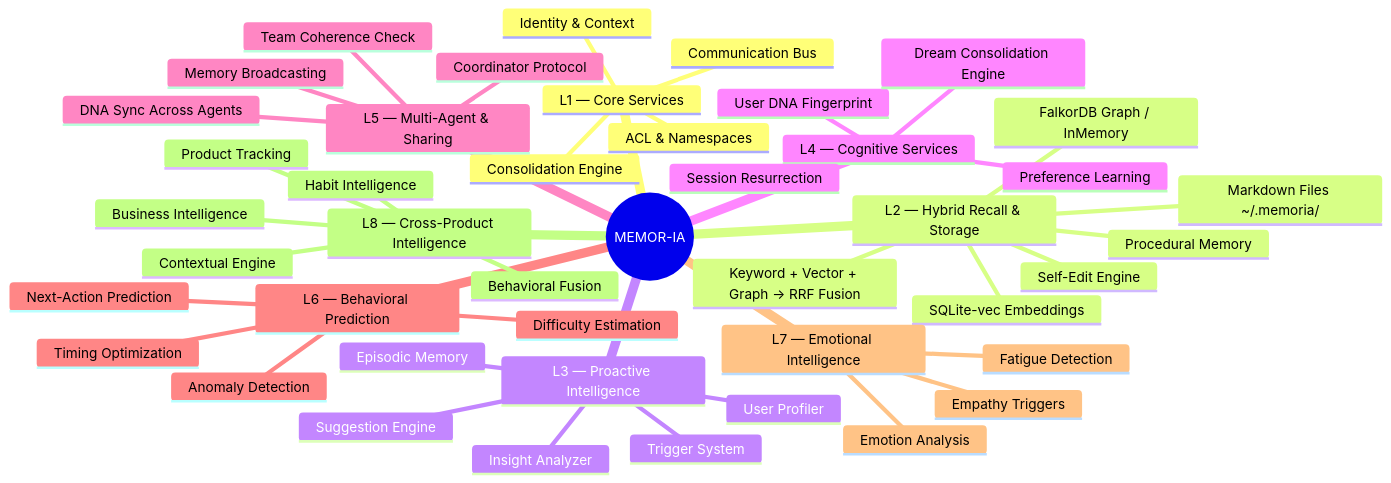
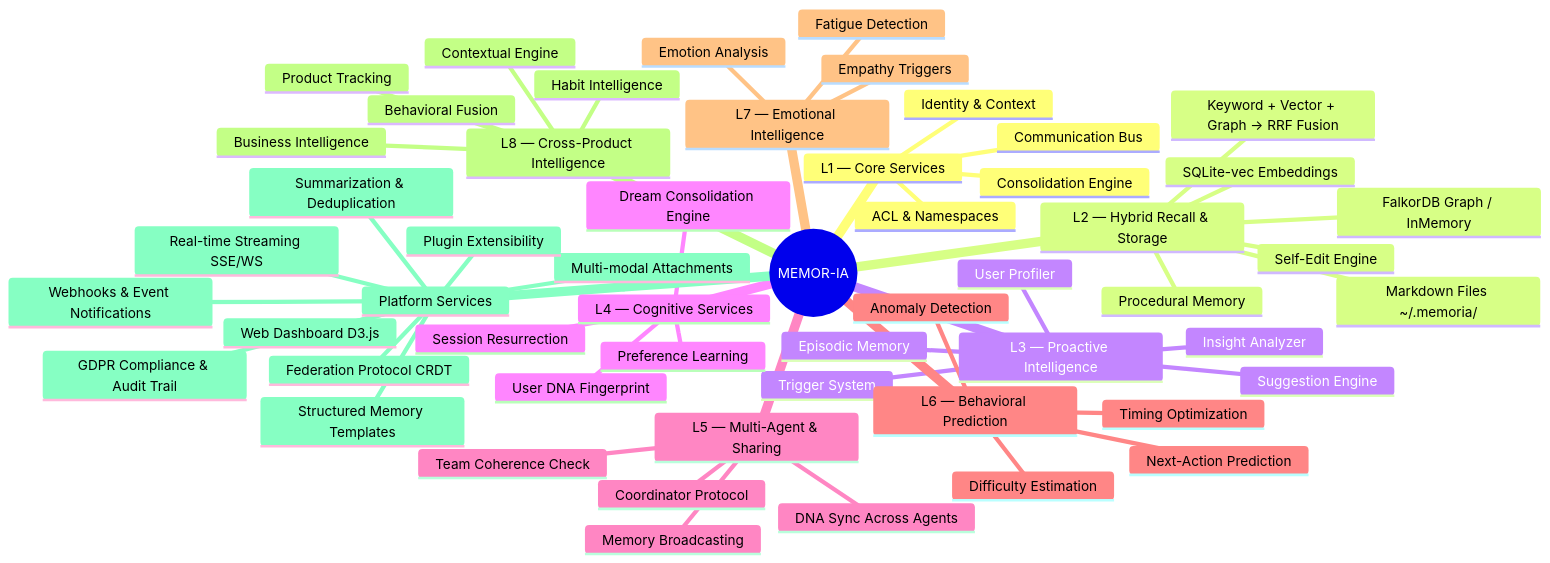
The first of 3 diagrams in README.md (naicud/memor-ia), drawn with Mermaid before and after one commit. The commit also changed other lines of this file and 7 other files, not shown here.

````diff
--- a/README.md
+++ b/README.md
@@ -79,47 +82,57 @@
 ```mermaid
 mindmap
   root((MEMOR-IA))
     L1 — Core Services
       Identity & Context
       Communication Bus
       Consolidation Engine
       ACL & Namespaces
     L2 — Hybrid Recall & Storage
       Keyword + Vector + Graph → RRF Fusion
       FalkorDB Graph / InMemory
       SQLite-vec Embeddings
       Markdown Files ~/.memoria/
       Procedural Memory
       Self-Edit Engine
     L3 — Proactive Intelligence
       User Profiler
       Insight Analyzer
       Suggestion Engine
       Trigger System
       Episodic Memory
     L4 — Cognitive Services
       User DNA Fingerprint
       Dream Consolidation Engine
       Preference Learning
       Session Resurrection
     L5 — Multi-Agent & Sharing
       Memory Broadcasting
       Team Coherence Check
       DNA Sync Across Agents
       Coordinator Protocol
     L6 — Behavioral Prediction
       Next-Action Prediction
       Anomaly Detection
       Timing Optimization
       Difficulty Estimation
     L7 — Emotional Intelligence
       Emotion Analysis
       Empathy Triggers
       Fatigue Detection
     L8 — Cross-Product Intelligence
       Product Tracking
       Behavioral Fusion
       Habit Intelligence
       Contextual Engine
       Business Intelligence
+    Platform Services
+      GDPR Compliance & Audit Trail
+      Webhooks & Event Notifications
+      Summarization & Deduplication
+      Structured Memory Templates
+      Real-time Streaming SSE/WS
+      Multi-modal Attachments
+      Plugin Extensibility
+      Web Dashboard D3.js
+      Federation Protocol CRDT
 ```
````
